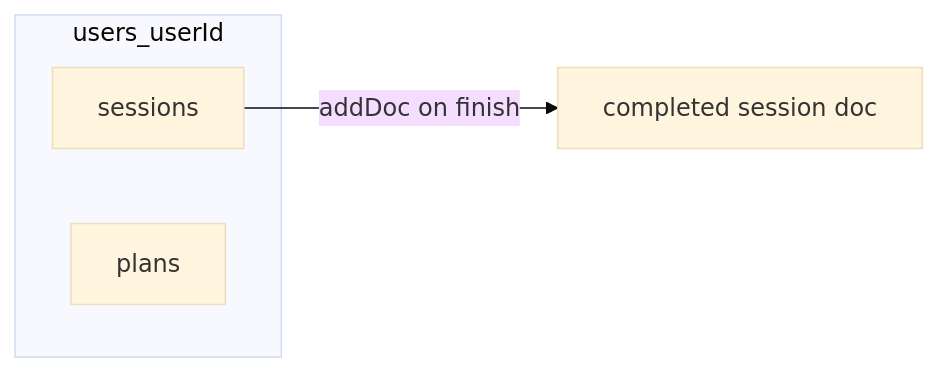
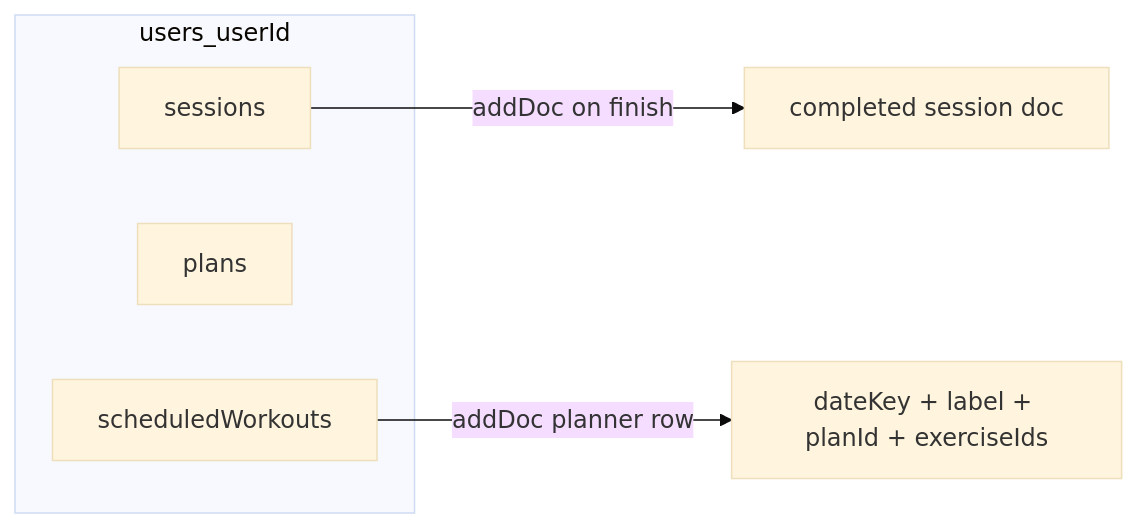
One commit to ShaneRich5/built-daily changed the diagram in docs/DATA_MODEL.md. Above: the diagram before and after it, drawn with Mermaid (base theme). The commit also changed other lines of this file and 16 other files, not shown here.

````diff
--- a/docs/DATA_MODEL.md
+++ b/docs/DATA_MODEL.md
@@ -21,8 +21,10 @@
 ```mermaid
 flowchart LR
   subgraph userPath [users_userId]
     sessions[sessions]
     plans[plans]
+    scheduled[scheduledWorkouts]
   end
   sessions -->|addDoc on finish| completed[completed session doc]
+  scheduled -->|addDoc planner row| plannerRow[dateKey + label + planId + exerciseIds]
 ```
````
